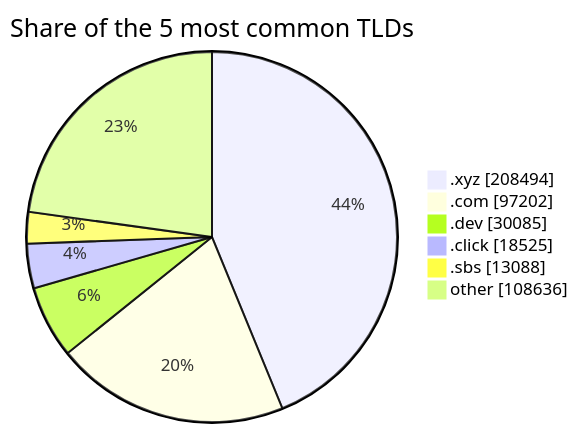
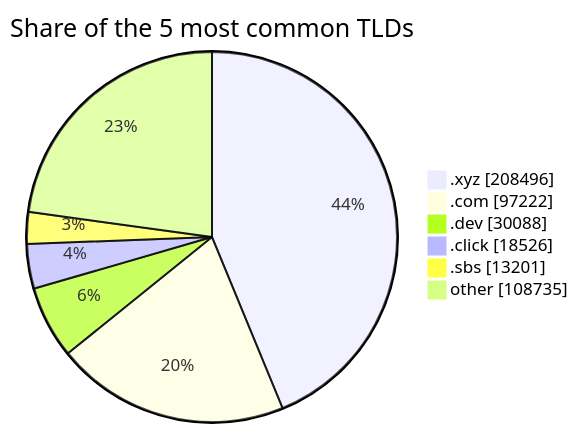
Before and after one commit to DNSBunker/CTI: the third of 3 diagrams in README.md, drawn with Mermaid. The commit also changed other lines of this file and 3 other files, not shown here.

````diff
--- a/README.md
+++ b/README.md
@@ -81,9 +81,9 @@
 ```mermaid
 pie showData title Share of the 5 most common TLDs
-    ".xyz" : 208494
-    ".com" : 97202
-    ".dev" : 30085
-    ".click" : 18525
-    ".sbs" : 13088
-    "other" : 108636
+    ".xyz" : 208496
+    ".com" : 97222
+    ".dev" : 30088
+    ".click" : 18526
+    ".sbs" : 13201
+    "other" : 108735
 ```
````
